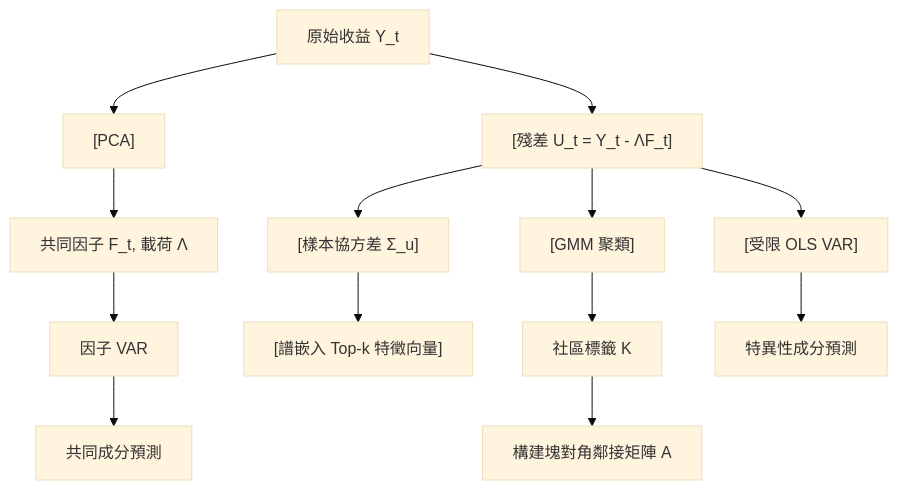
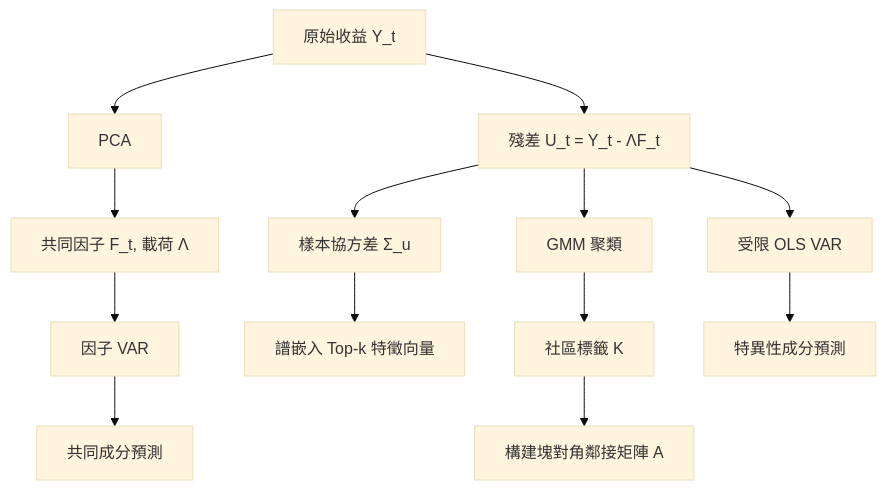
One commit to sou350121/Trading-Handbook changed the diagram in foundations/graph-networks/fnirvar.md. Above: the diagram before and after it, drawn with Mermaid (base theme). The commit also changed 191 other files, not shown here.

First line of the commit message:
render: fix math + mermaid for GitHub across the corpus (188 pages)

````diff
--- a/foundations/graph-networks/fnirvar.md
+++ b/foundations/graph-networks/fnirvar.md
@@ -32,15 +32,15 @@
 ```mermaid
 flowchart TD
-    A["原始收益 Y_t"] --> B["[PCA]"]
-    B["[PCA]"] --> C["共同因子 F_t, 載荷 Λ"]
+    A["原始收益 Y_t"] --> B["PCA"]
+    B["PCA"] --> C["共同因子 F_t, 載荷 Λ"]
     C["共同因子 F_t, 載荷 Λ"] --> D["因子 VAR"]
     D["因子 VAR"] --> E["共同成分預測"]
-    A["原始收益 Y_t"] --> F["[殘差 U_t = Y_t - ΛF_t]"]
-    F["[殘差 U_t = Y_t - ΛF_t]"] --> G["[樣本協方差 Σ_u]"]
-    G["[樣本協方差 Σ_u]"] --> H["[譜嵌入 Top-k 特徵向量]"]
-    F["[殘差 U_t = Y_t - ΛF_t]"] --> I["[GMM 聚類]"]
-    I["[GMM 聚類]"] --> J["社區標籤 K"]
+    A["原始收益 Y_t"] --> F["殘差 U_t = Y_t - ΛF_t"]
+    F["殘差 U_t = Y_t - ΛF_t"] --> G["樣本協方差 Σ_u"]
+    G["樣本協方差 Σ_u"] --> H["譜嵌入 Top-k 特徵向量"]
+    F["殘差 U_t = Y_t - ΛF_t"] --> I["GMM 聚類"]
+    I["GMM 聚類"] --> J["社區標籤 K"]
     J["社區標籤 K"] --> K["構建塊對角鄰接矩陣 A"]
-    F["[殘差 U_t = Y_t - ΛF_t]"] --> L["[受限 OLS VAR]"]
-    L["[受限 OLS VAR]"] --> M["特異性成分預測"]
+    F["殘差 U_t = Y_t - ΛF_t"] --> L["受限 OLS VAR"]
+    L["受限 OLS VAR"] --> M["特異性成分預測"]
 ```
````
